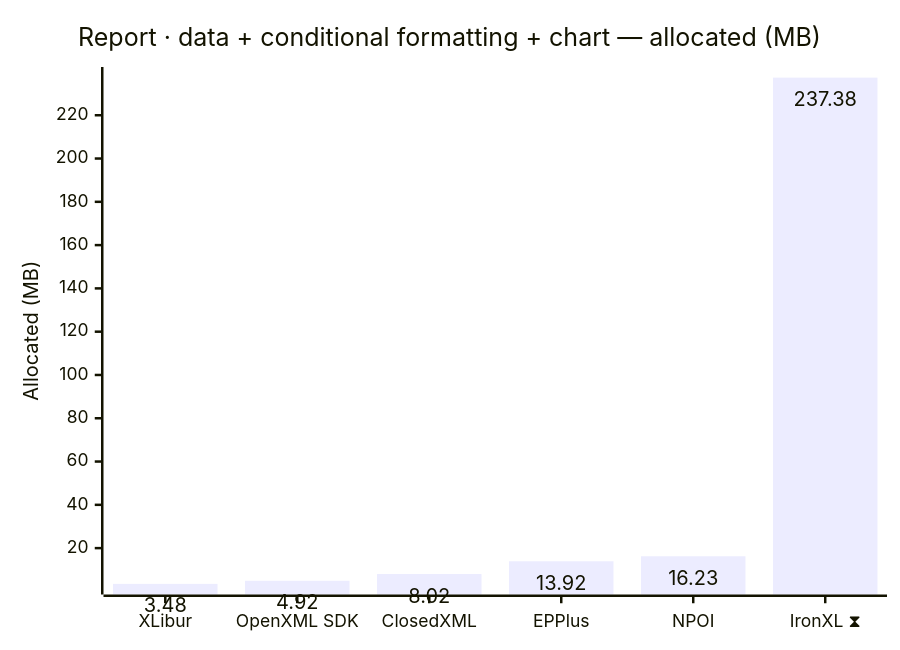
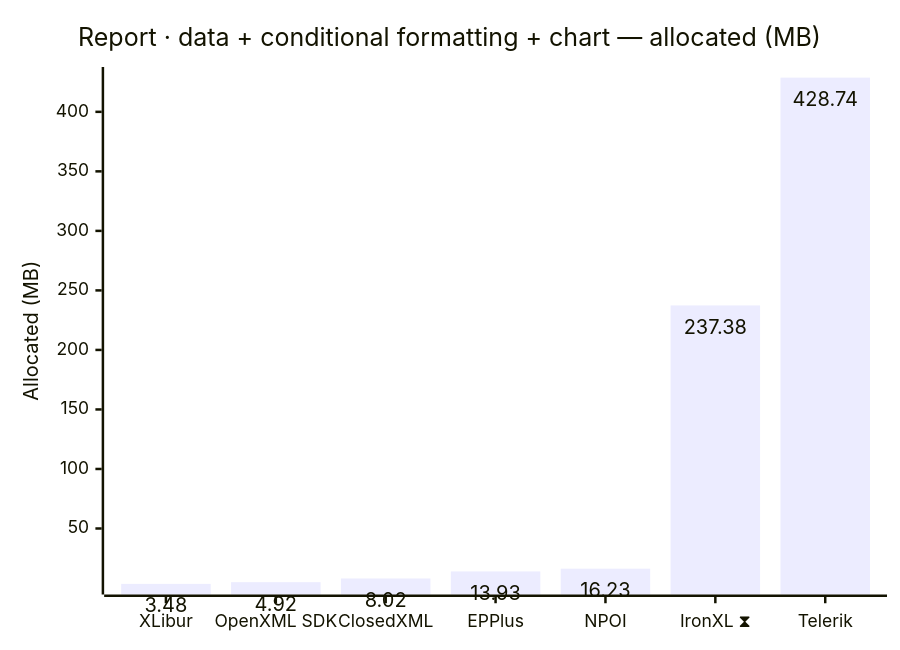
One commit to jafin/XLBench changed the eighth of 12 diagrams in docs/results.md. Above: the diagram before and after it, drawn with Mermaid. The commit also changed other lines of this file and 3 other files, not shown here.

````diff
--- a/docs/results.md
+++ b/docs/results.md
@@ -130,12 +131,12 @@
 ```mermaid
 ---
 config:
   xyChart:
     showDataLabel: true
 ---
 xychart-beta
     title "Report · data + conditional formatting + chart — allocated (MB)"
-    x-axis ["XLibur", "OpenXML SDK", "ClosedXML", "EPPlus", "NPOI", "IronXL ⧗"]
+    x-axis ["XLibur", "OpenXML SDK", "ClosedXML", "EPPlus", "NPOI", "IronXL ⧗", "Telerik"]
     y-axis "Allocated (MB)"
-    bar [3.48, 4.92, 8.02, 13.92, 16.23, 237.38]
+    bar [3.48, 4.92, 8.02, 13.93, 16.23, 237.38, 428.74]
 ```
````
